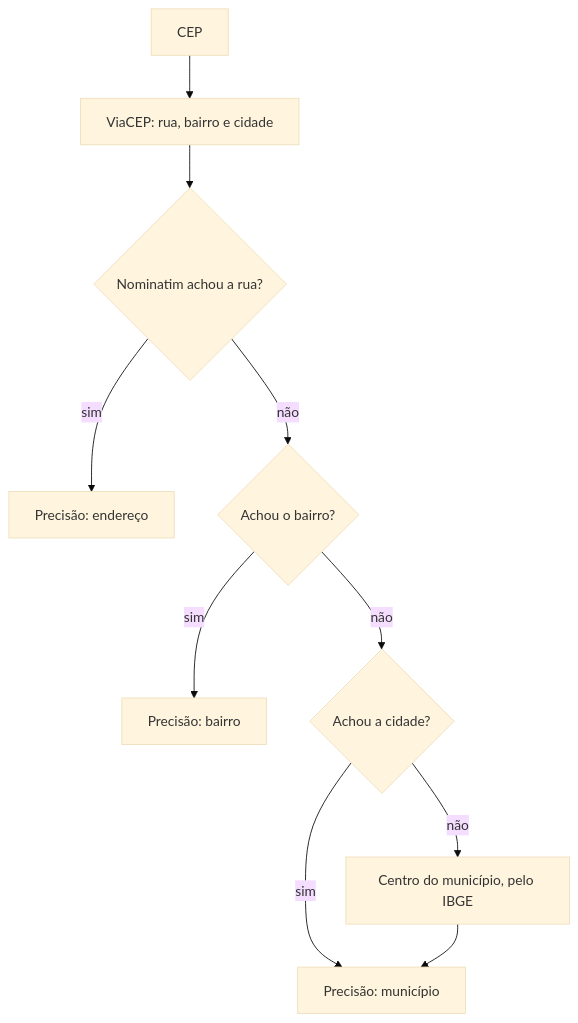
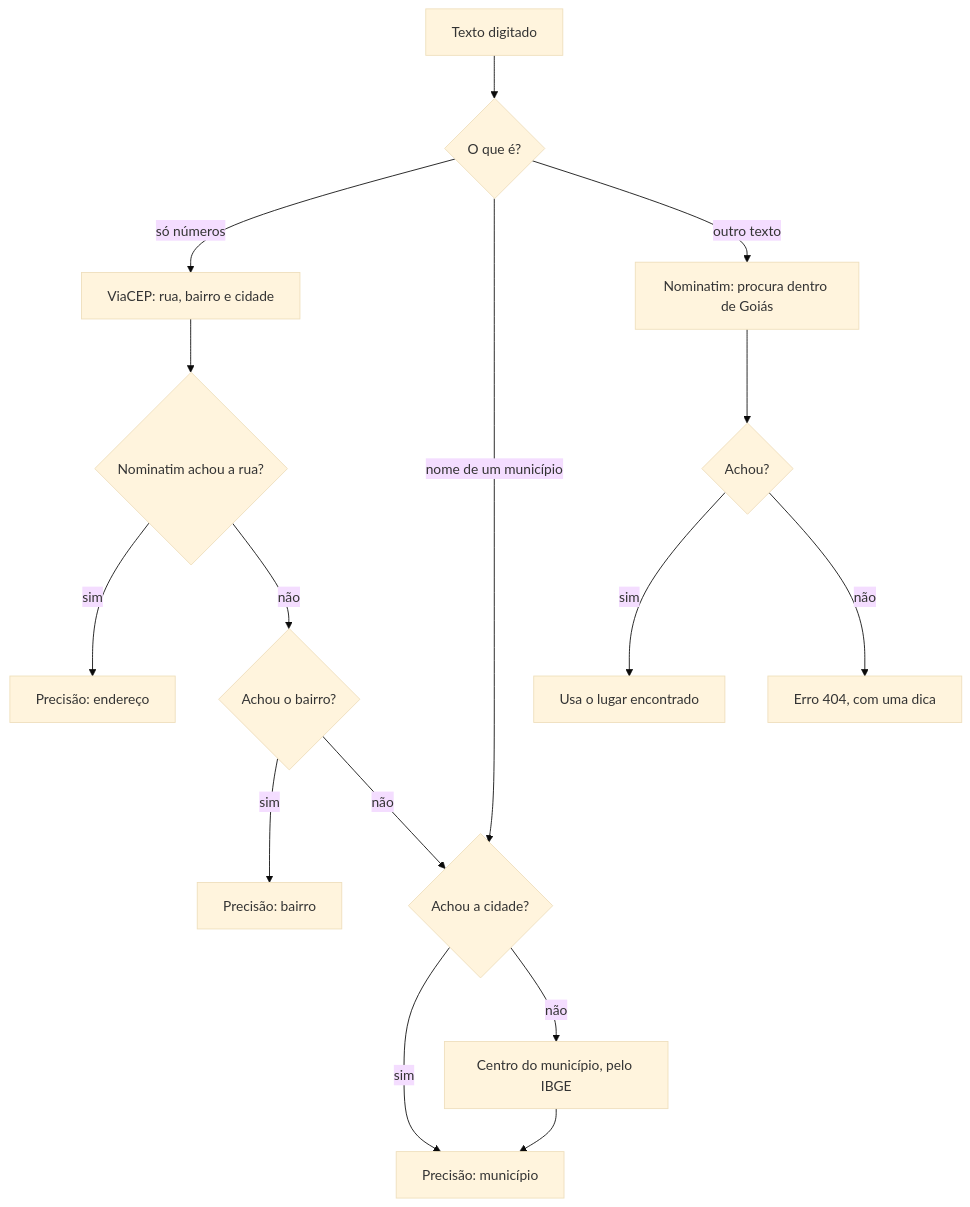
The fourth of 4 diagrams in docs/DIAGRAMAS.md (GustasSilva/residuogo), drawn with Mermaid (base theme) before and after one commit. The commit also changed other lines of this file and 16 other files, not shown here.

Commit message:
busca por um campo unico: CEP, municipio, bairro ou endereco

````diff
--- a/docs/DIAGRAMAS.md
+++ b/docs/DIAGRAMAS.md
@@ -90,12 +90,18 @@
 ```mermaid
 flowchart TD
-    cep["CEP"] --> viacep["ViaCEP: rua, bairro e cidade"]
+    texto["Texto digitado"] --> tipo{"O que é?"}
+    tipo -- "só números" --> viacep["ViaCEP: rua, bairro e cidade"]
+    tipo -- "nome de um município" --> cidade
+    tipo -- "outro texto" --> lugar["Nominatim: procura dentro de Goiás"]
+    lugar --> achou{"Achou?"}
+    achou -- sim --> r4["Usa o lugar encontrado"]
+    achou -- não --> erro["Erro 404, com uma dica"]
     viacep --> rua{"Nominatim achou a rua?"}
     rua -- sim --> r1["Precisão: endereço"]
     rua -- não --> bairro{"Achou o bairro?"}
     bairro -- sim --> r2["Precisão: bairro"]
     bairro -- não --> cidade{"Achou a cidade?"}
     cidade -- sim --> r3["Precisão: município"]
     cidade -- não --> ibge["Centro do município, pelo IBGE"]
     ibge --> r3
 ```
````
